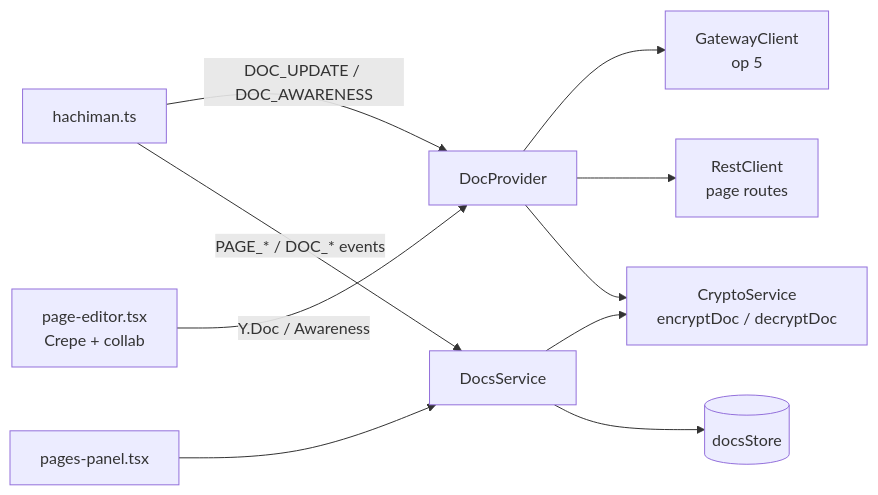
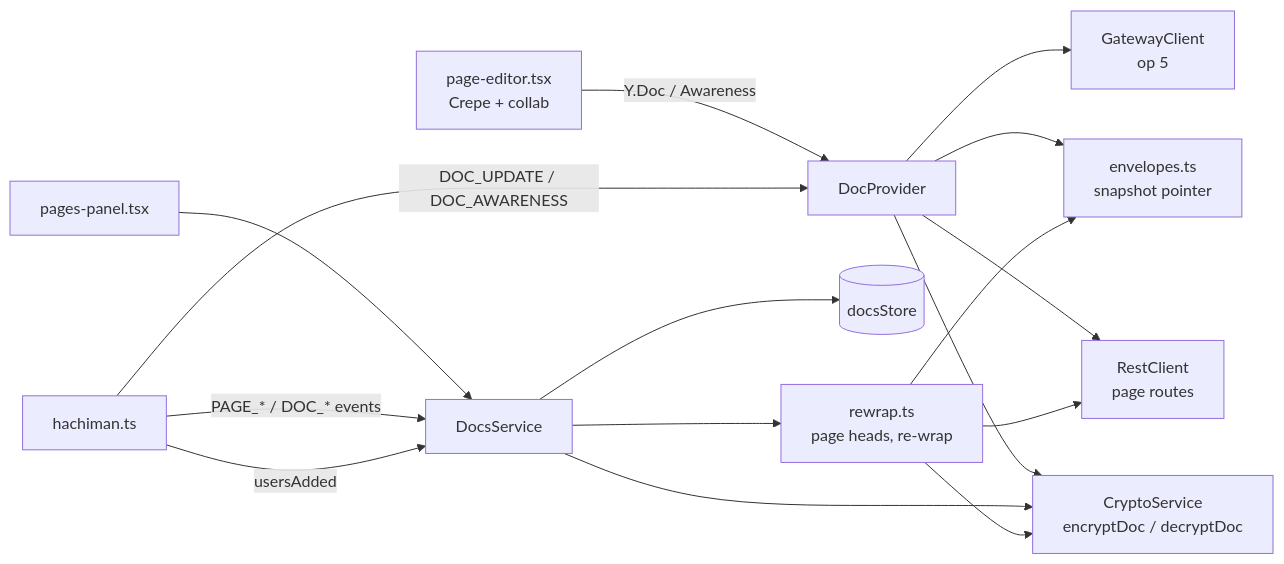
One commit to dan-hummelstad/hachiman changed the fifth of 5 diagrams in apps/hachiman/README.md. Above: the diagram before and after it, drawn with Mermaid. The commit also changed other lines of this file and 169 other files, not shown here.

````diff
--- a/apps/hachiman/README.md
+++ b/apps/hachiman/README.md
@@ -271,12 +276,18 @@
 ```mermaid
 flowchart LR
   Editor[page-editor.tsx<br/>Crepe + collab] -- Y.Doc / Awareness --> Provider[DocProvider]
   Panel[pages-panel.tsx] --> DocsService
   DocsService --> docsStore[(docsStore)]
   Provider --> Crypto[CryptoService<br/>encryptDoc / decryptDoc]
   DocsService --> Crypto
   Provider --> REST[RestClient<br/>page routes]
   Provider --> GW[GatewayClient<br/>op 5]
   hachiman.ts -- PAGE_* / DOC_* events --> DocsService
   hachiman.ts -- DOC_UPDATE / DOC_AWARENESS --> Provider
+  hachiman.ts -- usersAdded --> DocsService
+  DocsService --> Rewrap[rewrap.ts<br/>page heads, re-wrap]
+  Rewrap --> REST
+  Rewrap --> Crypto
+  Provider --> Envelopes[envelopes.ts<br/>snapshot pointer]
+  Rewrap --> Envelopes
 ```
````
